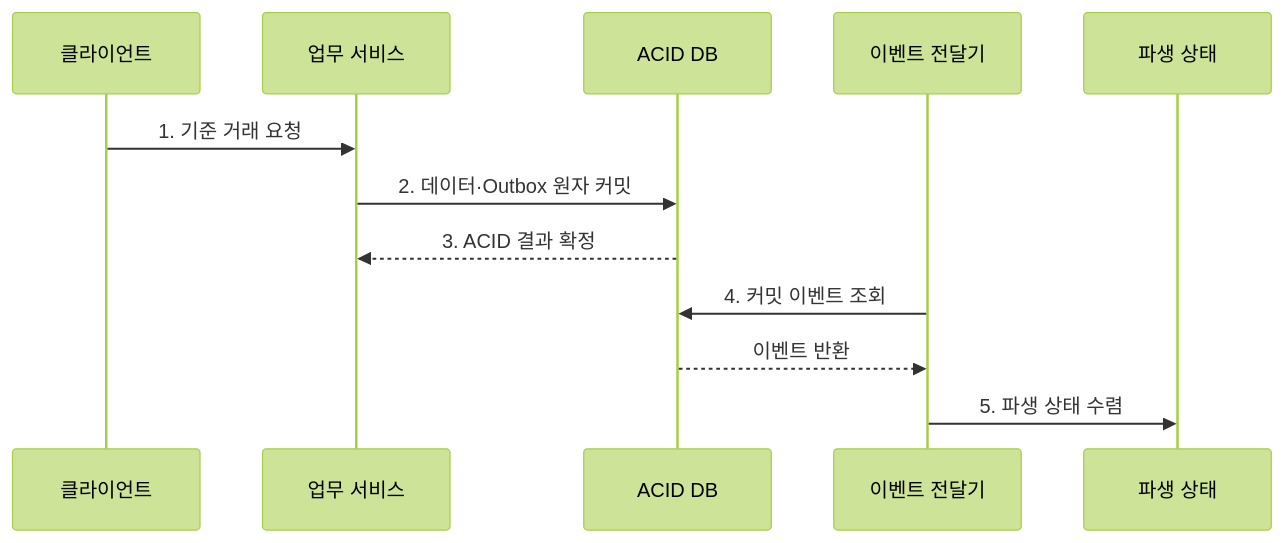
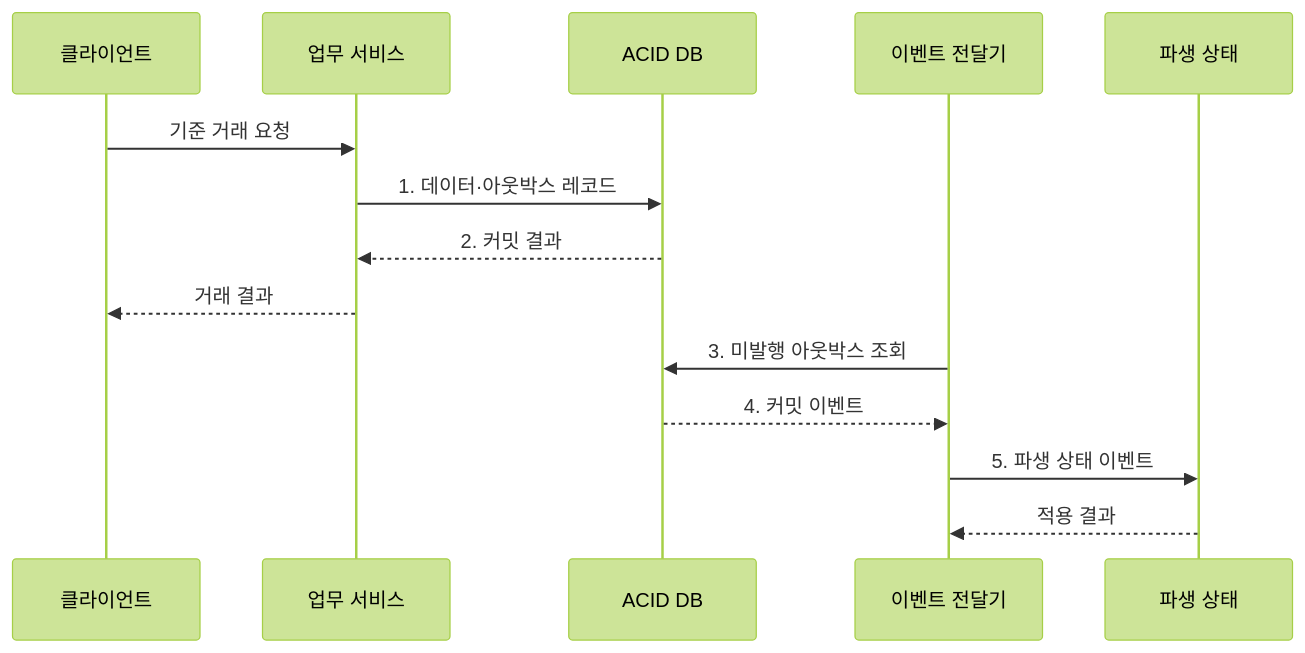
The second of 2 diagrams in src/content/docs/notes/03-software/104_base_vs_acid.md (agnusdei1207/knowledge-base), drawn with Mermaid (forest theme) before and after one commit. The commit also changed other lines of this file and 20 other files, not shown here.

````diff
--- a/src/content/docs/notes/03-software/104_base_vs_acid.md
+++ b/src/content/docs/notes/03-software/104_base_vs_acid.md
@@ -76,14 +86,16 @@
 ```mermaid
 sequenceDiagram
     participant C as 클라이언트
     participant S as 업무 서비스
     participant DB as ACID DB
     participant E as 이벤트 전달기
     participant V as 파생 상태
-    C->>S: 1. 기준 거래 요청
-    S->>DB: 2. 데이터·Outbox 원자 커밋
-    DB-->>S: 3. ACID 결과 확정
-    E->>DB: 4. 커밋 이벤트 조회
-    DB-->>E: 이벤트 반환
-    E->>V: 5. 파생 상태 수렴
+    C->>S: 기준 거래 요청
+    S->>DB: 1. 데이터·아웃박스 레코드
+    DB-->>S: 2. 커밋 결과
+    S-->>C: 거래 결과
+    E->>DB: 3. 미발행 아웃박스 조회
+    DB-->>E: 4. 커밋 이벤트
+    E->>V: 5. 파생 상태 이벤트
+    V-->>E: 적용 결과
 ```
````
